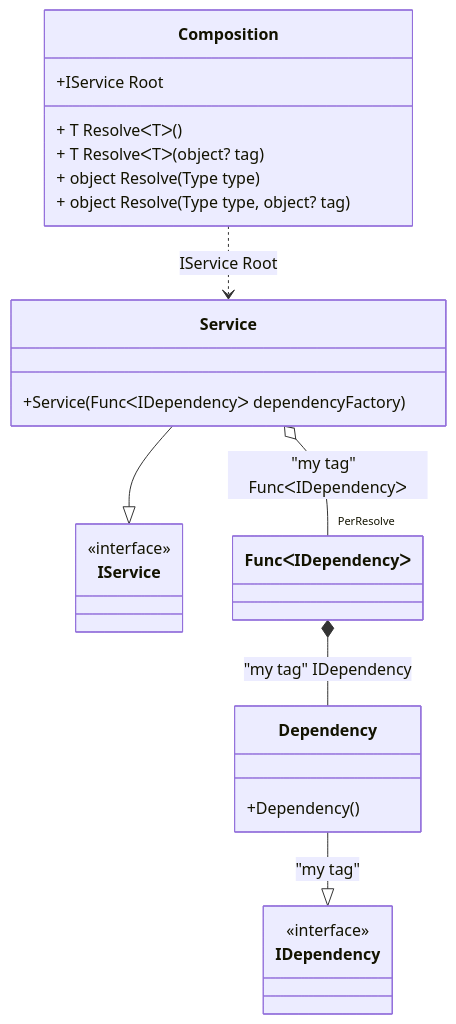
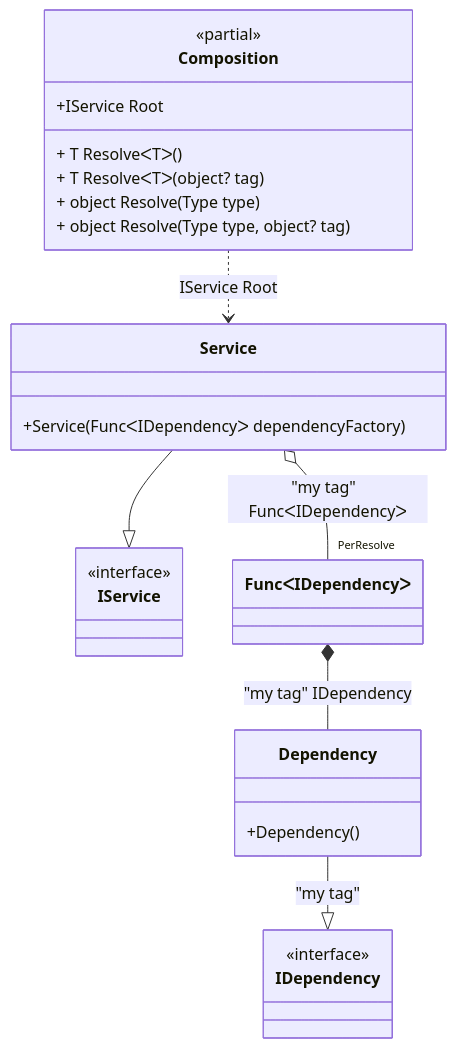
One commit to DevTeam/Pure.DI changed the diagram in readme/func-with-tag.md. Above: the diagram before and after it, drawn with Mermaid. The commit also changed 74 other files, not shown here.

Commit message:
Improved class diagram

````diff
--- a/readme/func-with-tag.md
+++ b/readme/func-with-tag.md
@@ -41,28 +41,29 @@
 ```mermaid
 classDiagram
 	class Composition {
+		<<partial>>
 		+IService Root
 		+ T ResolveᐸTᐳ()
 		+ T ResolveᐸTᐳ(object? tag)
 		+ object Resolve(Type type)
 		+ object Resolve(Type type, object? tag)
 	}
 	Dependency --|> IDependency : "my tag" 
 	class Dependency {
 		+Dependency()
 	}
 	Service --|> IService : 
 	class Service {
 		+Service(FuncᐸIDependencyᐳ dependencyFactory)
 	}
 	class FuncᐸIDependencyᐳ
 	class IDependency {
 		<<interface>>
 	}
 	class IService {
 		<<interface>>
 	}
-	Service o--  "PerResolve" FuncᐸIDependencyᐳ : "my tag"  FuncᐸIDependencyᐳ
+	Service o-- "PerResolve" FuncᐸIDependencyᐳ : "my tag"  FuncᐸIDependencyᐳ
 	Composition ..> Service : IService Root
 	FuncᐸIDependencyᐳ *--  Dependency : "my tag"  IDependency
 ```
````
